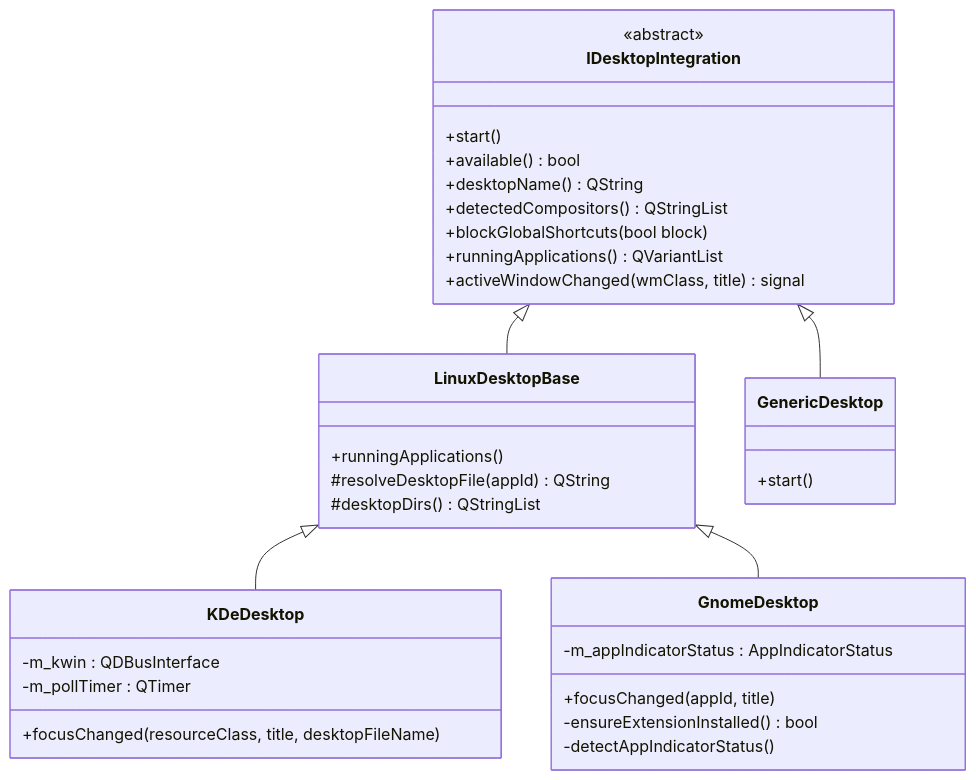
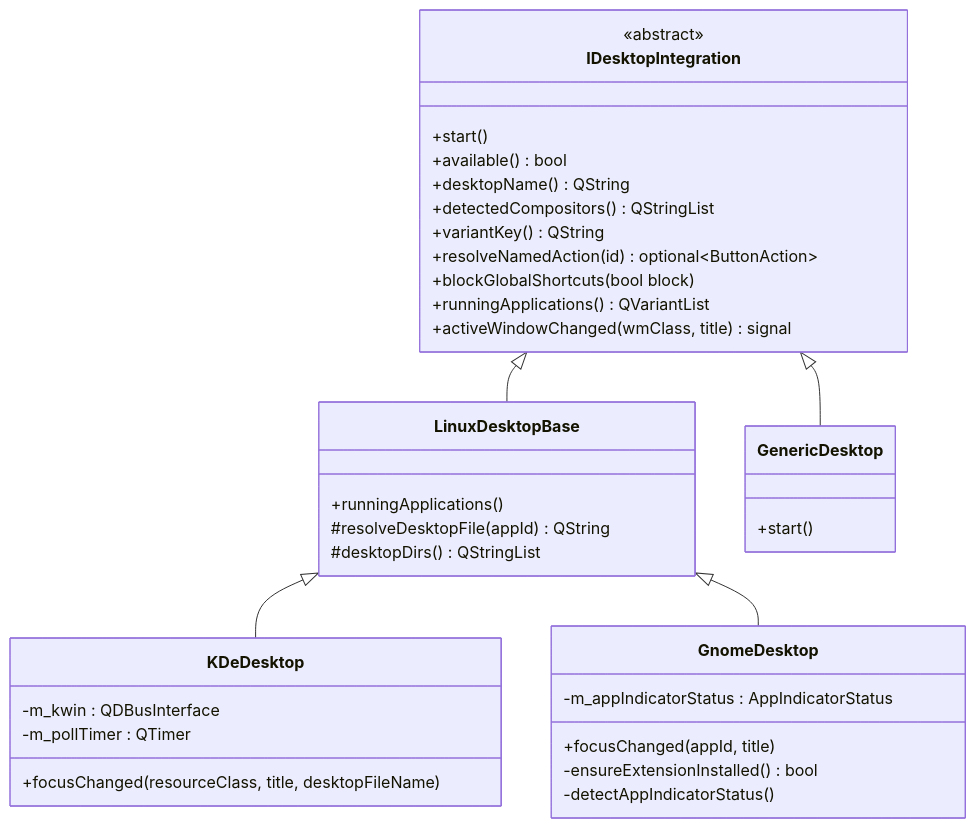
The ninth of 15 diagrams in docs/wiki/Architecture.md (mmaher88/logitune), drawn with Mermaid before and after one commit. The commit also changed other lines of this file and 55 other files, not shown here.

````diff
--- a/docs/wiki/Architecture.md
+++ b/docs/wiki/Architecture.md
@@ -652,41 +669,43 @@
 ```mermaid
 classDiagram
     class IDesktopIntegration {
         <<abstract>>
         +start()
         +available() bool
         +desktopName() QString
         +detectedCompositors() QStringList
+        +variantKey() QString
+        +resolveNamedAction(id) optional~ButtonAction~
         +blockGlobalShortcuts(bool block)
         +runningApplications() QVariantList
         +activeWindowChanged(wmClass, title) signal
     }
 
     class LinuxDesktopBase {
         +runningApplications()
         #resolveDesktopFile(appId) QString
         #desktopDirs() QStringList
     }
 
     class KDeDesktop {
         +focusChanged(resourceClass, title, desktopFileName)
         -m_kwin : QDBusInterface
         -m_pollTimer : QTimer
     }
 
     class GnomeDesktop {
         +focusChanged(appId, title)
         -ensureExtensionInstalled() bool
         -detectAppIndicatorStatus()
         -m_appIndicatorStatus : AppIndicatorStatus
     }
 
     class GenericDesktop {
         +start()
     }
 
     IDesktopIntegration <|-- LinuxDesktopBase
     LinuxDesktopBase <|-- KDeDesktop
     LinuxDesktopBase <|-- GnomeDesktop
     IDesktopIntegration <|-- GenericDesktop
 ```
````
